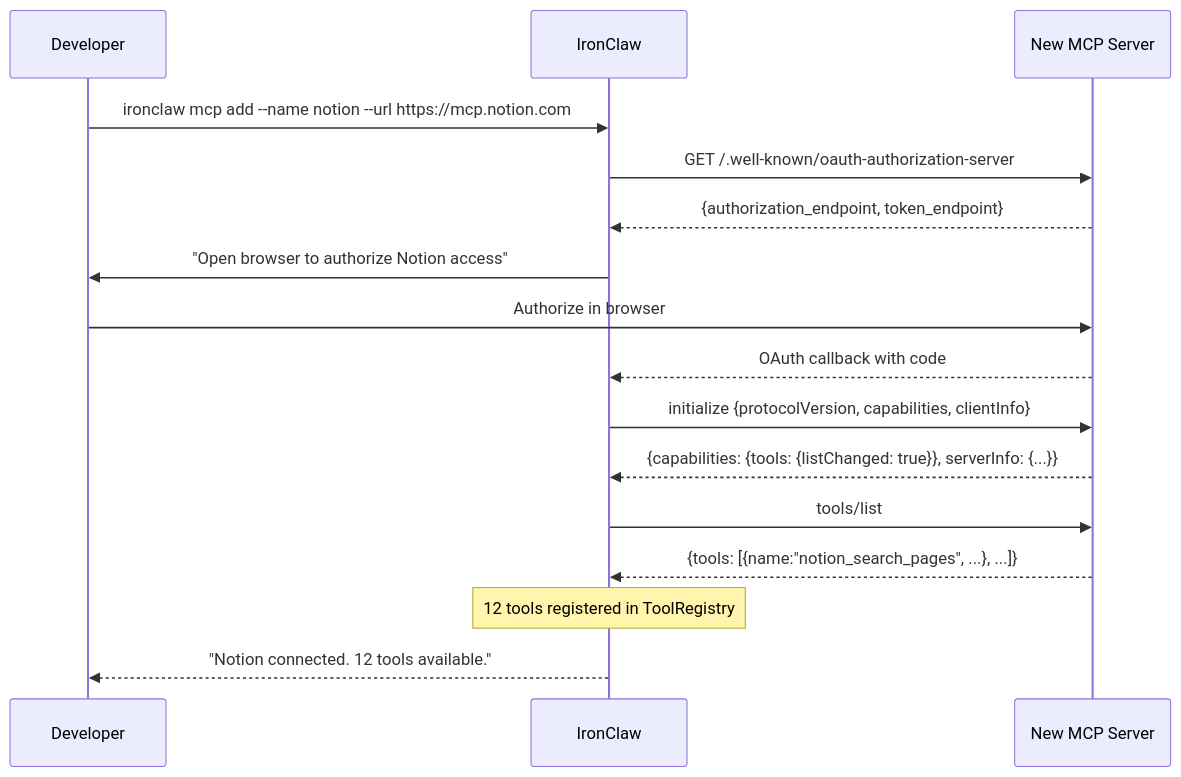
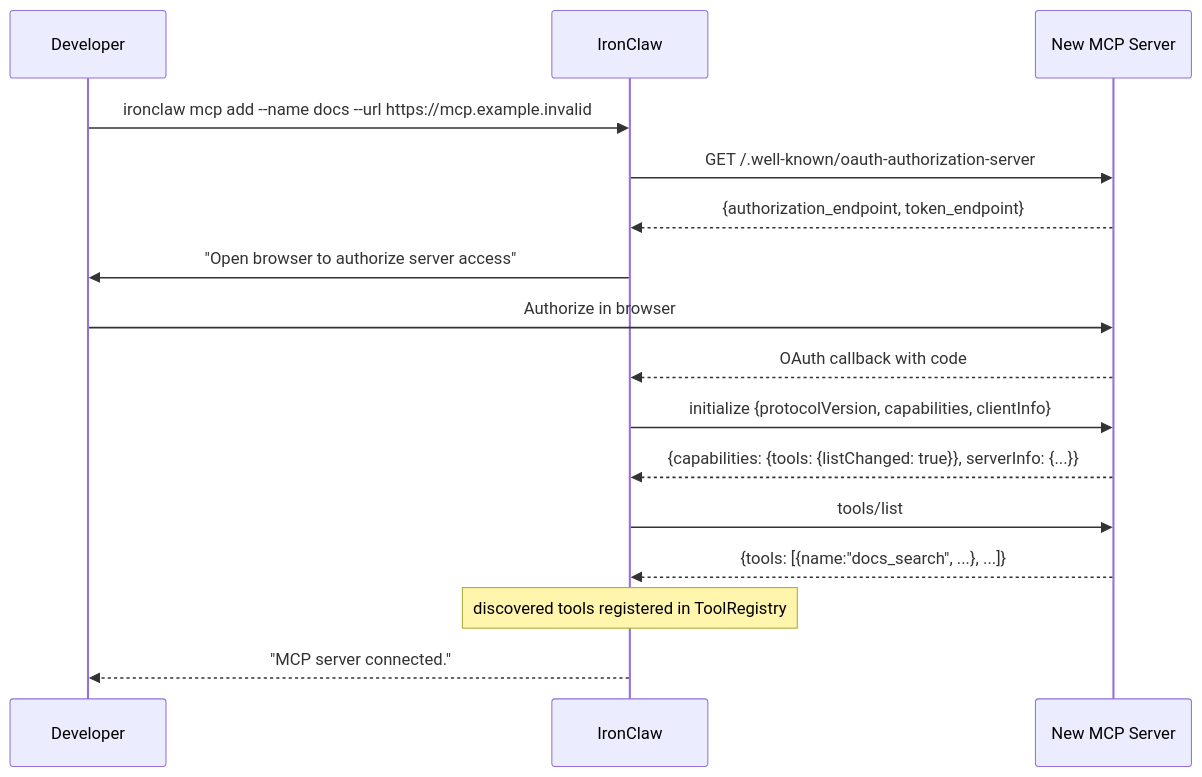
Diagram 16 of 18 in tmp/ecosystem/mcp-editor-integration.md (wpank/ironclaw), drawn with Mermaid before and after one commit. The commit also changed other lines of this file and 121 other files, not shown here.

````diff
--- a/tmp/ecosystem/mcp-editor-integration.md
+++ b/tmp/ecosystem/mcp-editor-integration.md
@@ -1977,24 +1976,24 @@
 ```mermaid
 sequenceDiagram
     participant Dev as Developer
     participant IC as IronClaw
     participant MS as New MCP Server
 
-    Dev->>IC: ironclaw mcp add --name notion --url https://mcp.notion.com
+    Dev->>IC: ironclaw mcp add --name docs --url https://mcp.example.invalid
 
     IC->>MS: GET /.well-known/oauth-authorization-server
     MS-->>IC: {authorization_endpoint, token_endpoint}
 
-    IC->>Dev: "Open browser to authorize Notion access"
+    IC->>Dev: "Open browser to authorize server access"
     Dev->>MS: Authorize in browser
     MS-->>IC: OAuth callback with code
 
     IC->>MS: initialize {protocolVersion, capabilities, clientInfo}
     MS-->>IC: {capabilities: {tools: {listChanged: true}}, serverInfo: {...}}
 
     IC->>MS: tools/list
-    MS-->>IC: {tools: [{name:"notion_search_pages", ...}, ...]}
+    MS-->>IC: {tools: [{name:"docs_search", ...}, ...]}
 
-    Note over IC: 12 tools registered in ToolRegistry
-    IC-->>Dev: "Notion connected. 12 tools available."
+    Note over IC: discovered tools registered in ToolRegistry
+    IC-->>Dev: "MCP server connected."
 ```
````
